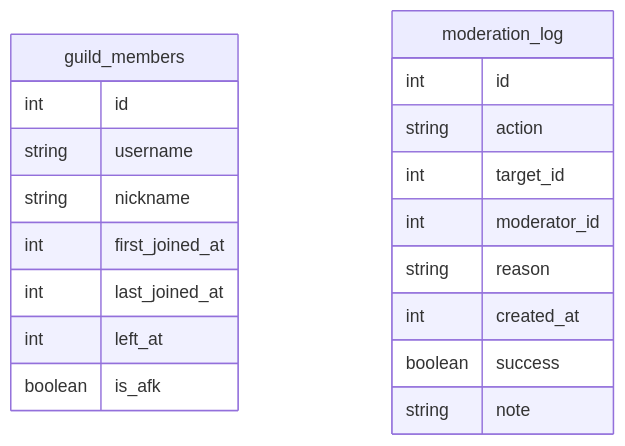
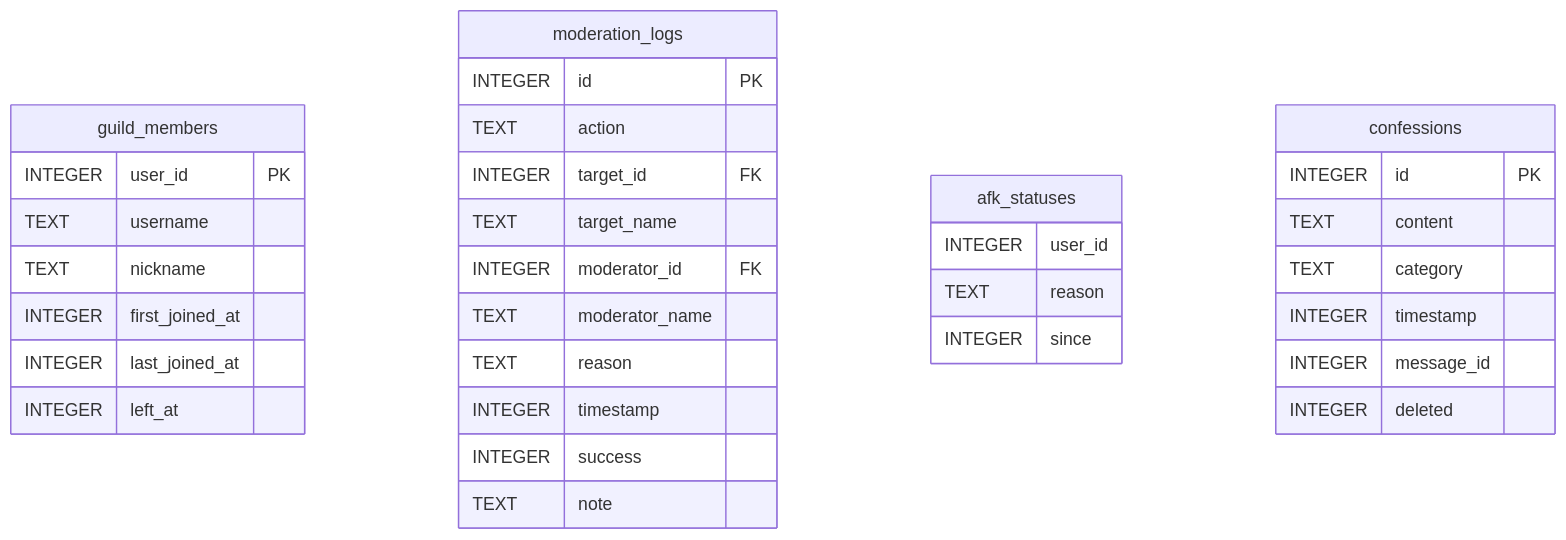
One commit to shuvoairan/kyro changed the diagram in README.md. Above: the diagram before and after it, drawn with Mermaid.

Commit message:
docs(db): add Mermaid ER diagram for moderation, members, afk and confessions tables

````diff
--- a/README.md
+++ b/README.md
@@ -1,23 +1,40 @@
 ```mermaid
 erDiagram
     guild_members {
-        int id
-        string username
-        string nickname
-        int first_joined_at
-        int last_joined_at
-        int left_at
-        boolean is_afk
+        INTEGER user_id PK
+        TEXT username
+        TEXT nickname
+        INTEGER first_joined_at
+        INTEGER last_joined_at
+        INTEGER left_at
     }
 
-    moderation_log {
-        int id
-        string action
-        int target_id
-        int moderator_id
-        string reason
-        int created_at
-        boolean success
-        string note
+    moderation_logs {
+        INTEGER id PK
+        TEXT action
+        INTEGER target_id FK
+        TEXT target_name
+        INTEGER moderator_id FK
+        TEXT moderator_name
+        TEXT reason
+        INTEGER timestamp
+        INTEGER success
+        TEXT note
     }
+
+    afk_statuses {
+        INTEGER user_id
+        TEXT reason
+        INTEGER since
+    }
+
+    confessions {
+        INTEGER id PK
+        TEXT content
+        TEXT category
+        INTEGER timestamp
+        INTEGER message_id
+        INTEGER deleted
+    }
+
 ```
````
